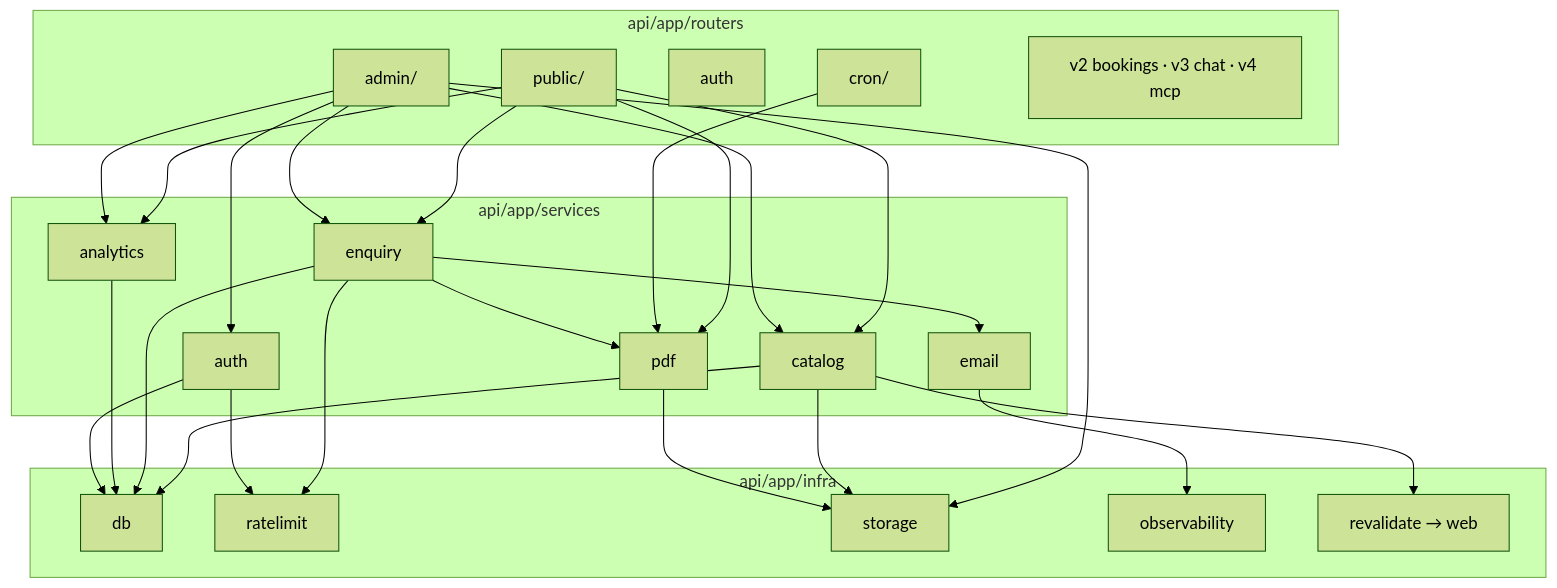
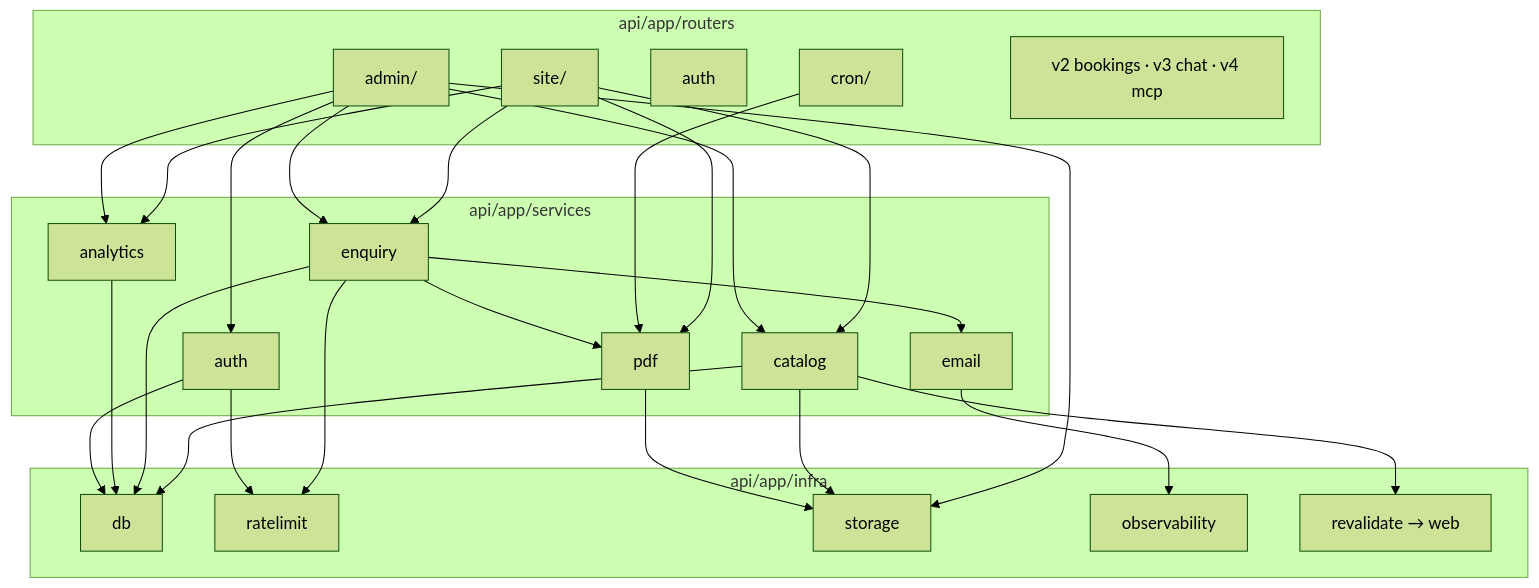
One commit to virajdomadia/tripsmith changed the second of 3 diagrams in docs/05-architecture.md. Above: the diagram before and after it, drawn with Mermaid (forest theme). The commit also changed other lines of this file and 6 other files, not shown here.

First line of the commit message:
fix(S4b): rename routers/public → routers/site — Vercel drops `public` dirs from the bundle

````diff
--- a/docs/05-architecture.md
+++ b/docs/05-architecture.md
@@ -96,18 +96,18 @@
 ```mermaid
 flowchart TB
   subgraph ROUTERS["api/app/routers"]
-    PUB[public/] ; ADM[admin/] ; AUTHR[auth] ; CRON[cron/] ; LATER[v2 bookings · v3 chat · v4 mcp]
+    PUB[site/] ; ADM[admin/] ; AUTHR[auth] ; CRON[cron/] ; LATER[v2 bookings · v3 chat · v4 mcp]
   end
   subgraph SERVICES["api/app/services"]
     CAT[catalog] ; ENQ[enquiry] ; PDF[pdf] ; MAIL[email] ; AUTH[auth] ; ANA[analytics]
   end
   subgraph INFRA["api/app/infra"]
     DB[db] ; RL[ratelimit] ; ST[storage] ; OBS[observability] ; REV[revalidate → web]
   end
   PUB --> CAT & ENQ & PDF & ANA
   ADM --> CAT & ENQ & ANA & ST & AUTH
   CRON --> PDF
   ENQ --> MAIL & PDF & RL
   CAT --> DB & ST & REV
   ENQ --> DB ; PDF --> ST ; ANA --> DB ; AUTH --> DB & RL ; MAIL --> OBS
 ```
````
